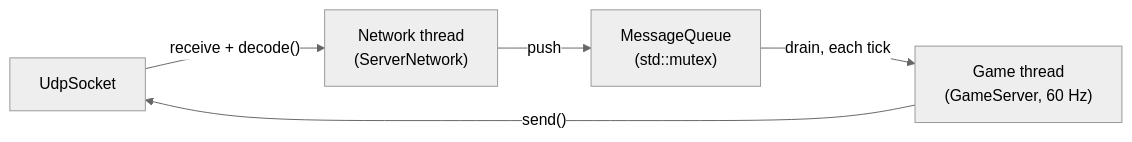
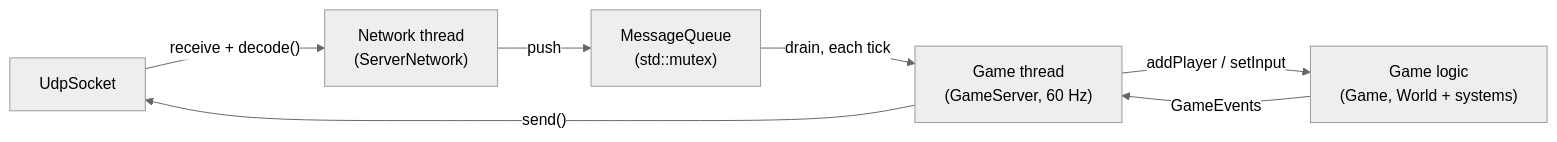
The second of 2 diagrams in docs/mkdocs/protocol/implementation.md (Boz0o0/R-Type), drawn with Mermaid (neutral theme) before and after one commit. The commit also changed other lines of this file and 1 other file, not shown here.

Commit message:
feat(docs): enhance protocol documentation with detailed game logic and packet handling

````diff
--- a/docs/mkdocs/protocol/implementation.md
+++ b/docs/mkdocs/protocol/implementation.md
@@ -119,7 +119,9 @@
 ```mermaid
 flowchart LR
     Socket["UdpSocket"] -->|"receive + decode()"| Net["Network thread<br/>(ServerNetwork)"]
     Net -->|"push"| Queue["MessageQueue<br/>(std::mutex)"]
-    Queue -->|"drain, each tick"| Game["Game thread<br/>(GameServer, 60 Hz)"]
-    Game -->|"send()"| Socket
+    Queue -->|"drain, each tick"| Server["Game thread<br/>(GameServer, 60 Hz)"]
+    Server -->|"addPlayer / setInput"| Game["Game logic<br/>(Game, World + systems)"]
+    Game -->|"GameEvents"| Server
+    Server -->|"send()"| Socket
 ```
````
